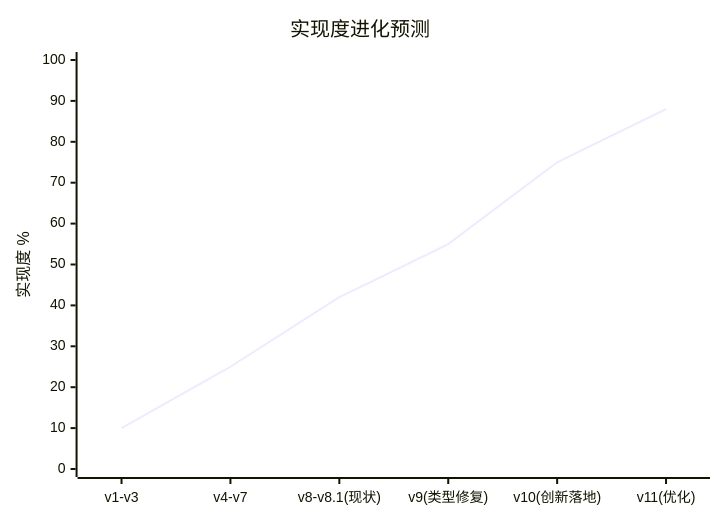
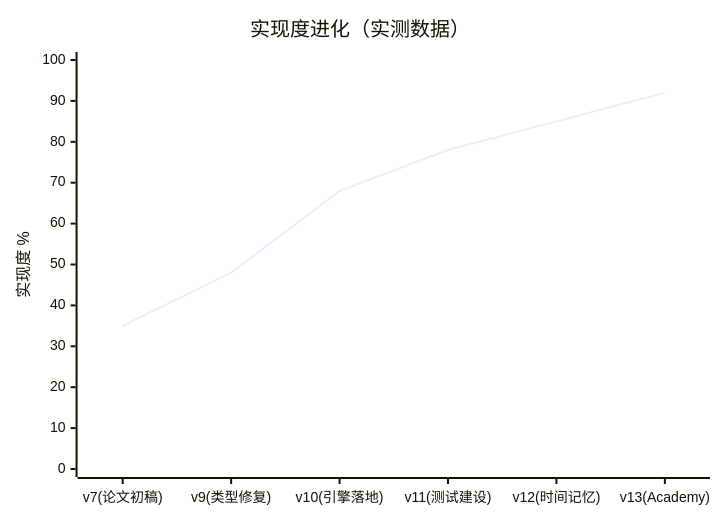
Before and after one commit to zjdyzww/multi-claw-subagents-memory-plugins: diagram 28 of 28 in docs/系统设计文档_含Mermaid图表.md, drawn with Mermaid. The commit also changed other lines of this file and 2 other files, not shown here.

````diff
--- a/docs/系统设计文档_含Mermaid图表.md
+++ b/docs/系统设计文档_含Mermaid图表.md
@@ -982,7 +964,7 @@
 ```mermaid
 xychart-beta
-    title "实现度进化预测"
-    x-axis ["v1-v3", "v4-v7", "v8-v8.1(现状)", "v9(类型修复)", "v10(创新落地)", "v11(优化)"]
+    title "实现度进化（实测数据）"
+    x-axis ["v7(论文初稿)", "v9(类型修复)", "v10(引擎落地)", "v11(测试建设)", "v12(时间记忆)", "v13(Academy)"]
     y-axis "实现度 %" 0 --> 100
-    line [10, 25, 42, 55, 75, 88]
+    line [35, 48, 68, 78, 85, 92]
 ```
````
